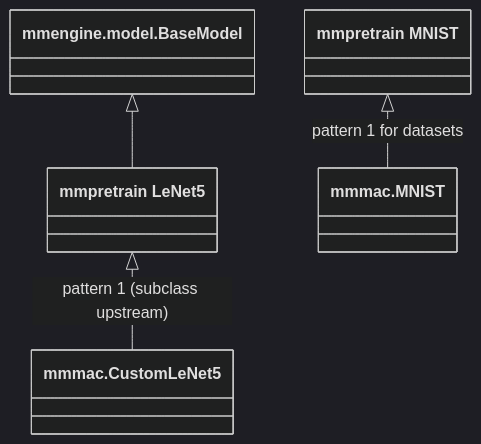
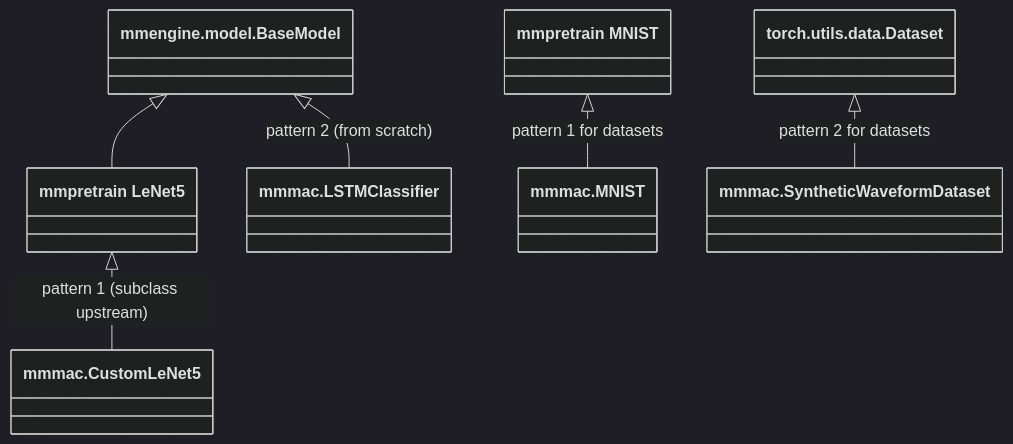
One commit to abepaccio/mmMac changed the first of 2 diagrams in docs/extending.md. Above: the diagram before and after it, drawn with Mermaid (dark theme). The commit also changed other lines of this file and 16 other files, not shown here.

````diff
--- a/docs/extending.md
+++ b/docs/extending.md
@@ -48,11 +57,16 @@
 ```mermaid
 classDiagram
     class BaseModel["mmengine.model.BaseModel"]
     class LeNet5["mmpretrain LeNet5"]
     class MMPretrainMNIST["mmpretrain MNIST"]
     class CustomLeNet5["mmmac.CustomLeNet5"]
+    class LSTMClassifier["mmmac.LSTMClassifier"]
     class MNIST["mmmac.MNIST"]
+    class SyntheticWaveformDataset["mmmac.SyntheticWaveformDataset"]
     BaseModel <|-- LeNet5
     LeNet5 <|-- CustomLeNet5 : pattern 1 (subclass upstream)
+    BaseModel <|-- LSTMClassifier : pattern 2 (from scratch)
     MMPretrainMNIST <|-- MNIST : pattern 1 for datasets
+    class TorchDataset["torch.utils.data.Dataset"]
+    TorchDataset <|-- SyntheticWaveformDataset : pattern 2 for datasets
 ```
````
